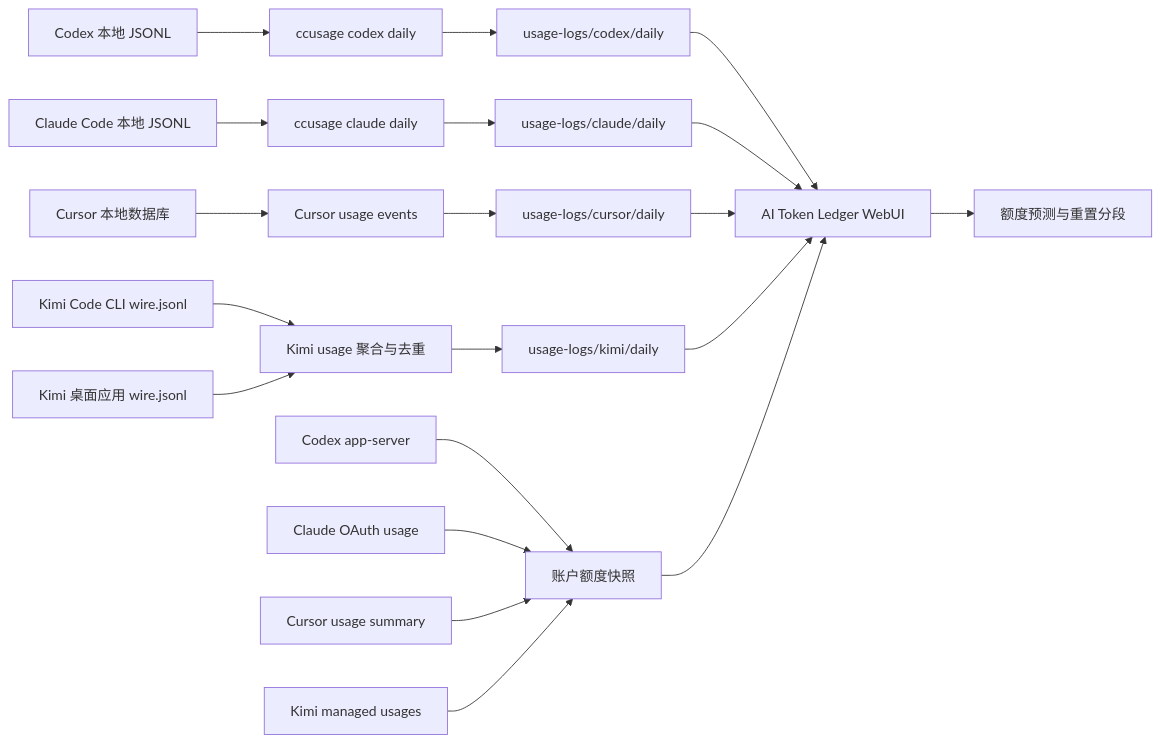
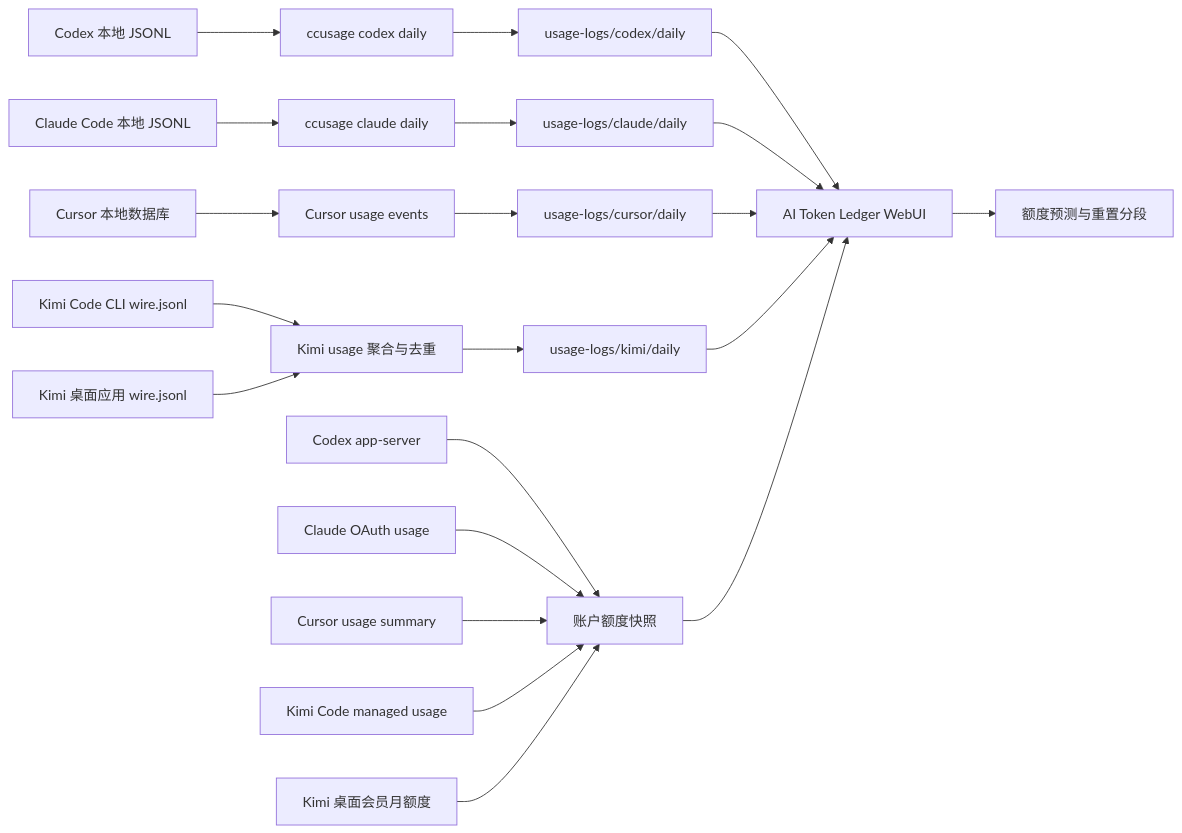
The diagram in README.md (Flowfangfei/codex_token_visualization), drawn with Mermaid before and after one commit. The commit also changed other lines of this file and 8 other files, not shown here.

````diff
--- a/README.md
+++ b/README.md
@@ -115,22 +115,23 @@
 ```mermaid
 flowchart LR
   A[Codex 本地 JSONL] --> B[ccusage codex daily]
   C[Claude Code 本地 JSONL] --> D[ccusage claude daily]
   E[Cursor 本地数据库] --> F[Cursor usage events]
   P[Kimi Code CLI wire.jsonl] --> Q[Kimi usage 聚合与去重]
   T[Kimi 桌面应用 wire.jsonl] --> Q
   B --> G[usage-logs/codex/daily]
   D --> H[usage-logs/claude/daily]
   F --> I[usage-logs/cursor/daily]
   Q --> R[usage-logs/kimi/daily]
   G --> J[AI Token Ledger WebUI]
   H --> J
   I --> J
   R --> J
   K[Codex app-server] --> L[账户额度快照]
   M[Claude OAuth usage] --> L
   N[Cursor usage summary] --> L
-  S[Kimi managed usages] --> L
+  S[Kimi Code managed usage] --> L
+  U[Kimi 桌面会员月额度] --> L
   L --> J
   J --> O[额度预测与重置分段]
 ```
````
